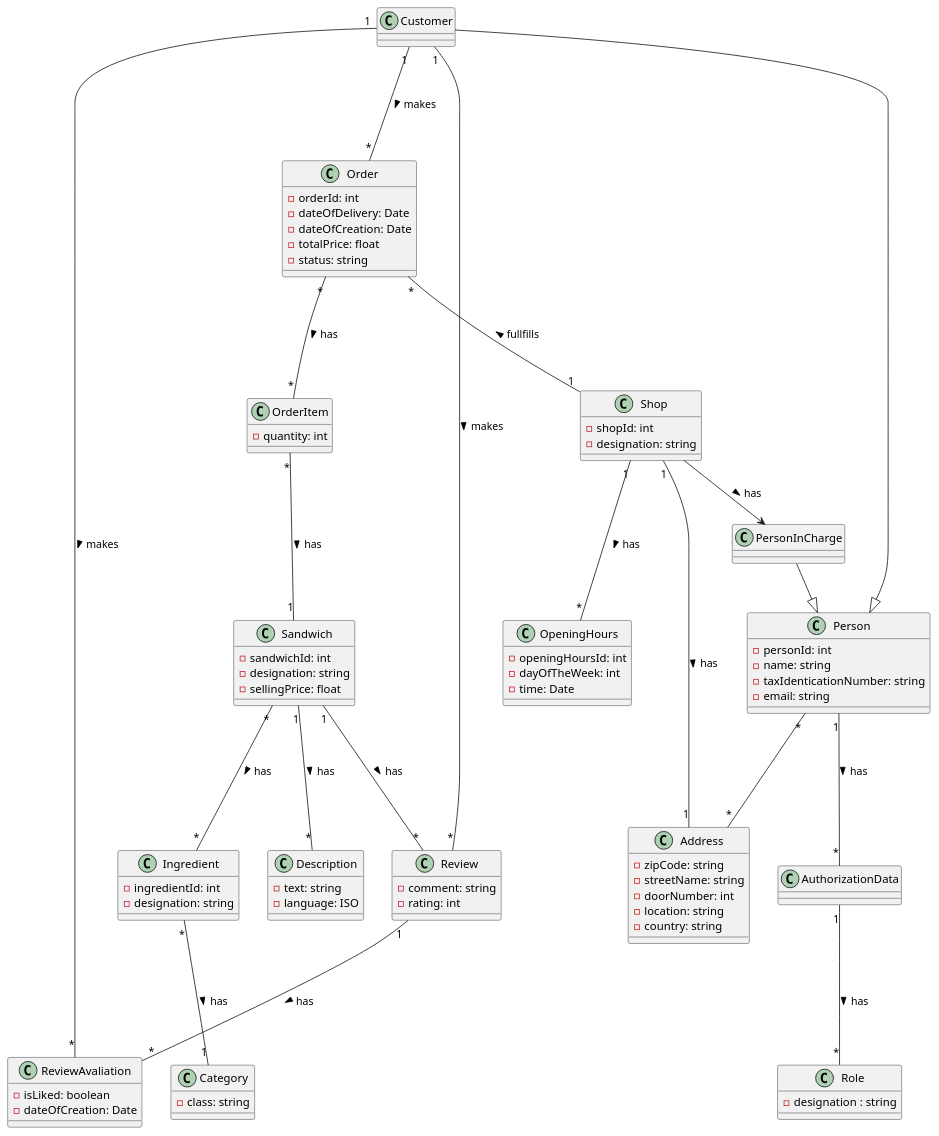
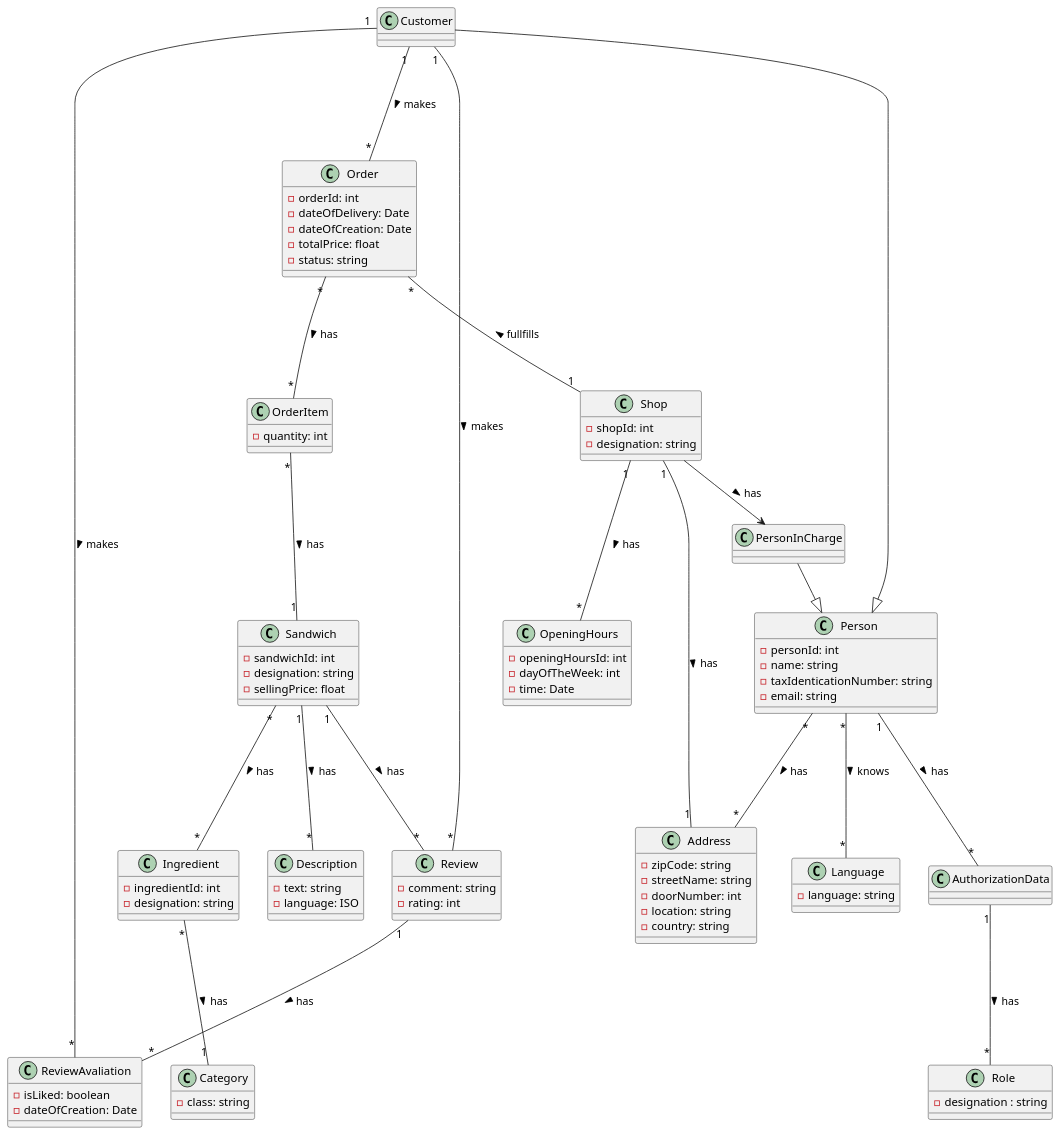
Before and after one commit to TiagoNora/ballerina-project: the diagram in design/domainModel.puml, drawn with PlantUML.

```diff
--- a/design/domainModel.puml
+++ b/design/domainModel.puml
@@ -1,105 +1,110 @@
 @startuml Domain Model
   class Customer {
   }
 
   class PersonInCharge{
   }
 
   class Person{
     - personId: int
     - name: string
     - taxIdenticationNumber: string
     - email: string
 
   }
 
   class Address{
     - zipCode: string
     - streetName: string
     - doorNumber: int
     - location: string
     - country: string
 
   }
 
   class AuthorizationData{
 
   }
 
   class Role{
     - designation : string
   }
   class Sandwich {
     - sandwichId: int
     - designation: string
     - sellingPrice: float
   }
 
   class Description{
     - text: string
     - language: ISO
   }
 
   class Ingredient {
     - ingredientId: int
     - designation: string
   }
   class Category{
     - class: string
   }
 
   class Review{
     - comment: string
     - rating: int
   }
 
   class Shop{
     - shopId: int
     - designation: string
   }
 
   class OpeningHours{
     - openingHoursId: int
     - dayOfTheWeek: int
     - time: Date
   }
 
   class Order{
     - orderId: int
     - dateOfDelivery: Date
     - dateOfCreation: Date
     - totalPrice: float
     - status: string
   }
 
   class OrderItem{
     - quantity: int
   }
 
   class ReviewAvaliation{
     - isLiked: boolean
     - dateOfCreation: Date
   }
 
+  class Language{
+    - language: string
+  }
+
 
   Person "1" --- "*" AuthorizationData: has >
+  Person "*" --- "*" Language: knows >
   AuthorizationData "1" --- "*" Role: has >
   Sandwich "*" --- "*" Ingredient: has >
   Sandwich "1" --- "*" Description: has >
   Shop "1" --- "*" OpeningHours: has >
   Shop --> PersonInCharge: has >
   Order "*" --- "*" OrderItem: has >
   Customer "1" --- "*" Order: makes >
   Customer "1" --- "*" Review: makes >
   Sandwich "1" --- "*" Review: has >
   Review "1" --- "*" ReviewAvaliation: has >
   Customer "1" --- "*" ReviewAvaliation: makes >
   Order "*" --- "1" Shop: fullfills <
   Ingredient "*" --- "1" Category: has >
   Shop "1" --- "1" Address: has >
   OrderItem "*" --- "1" Sandwich: has >
   Customer --|> Person
   PersonInCharge --|> Person
-  Person "*" --- "*" Address
+  Person "*" --- "*" Address: has >
 
 @enduml
```
